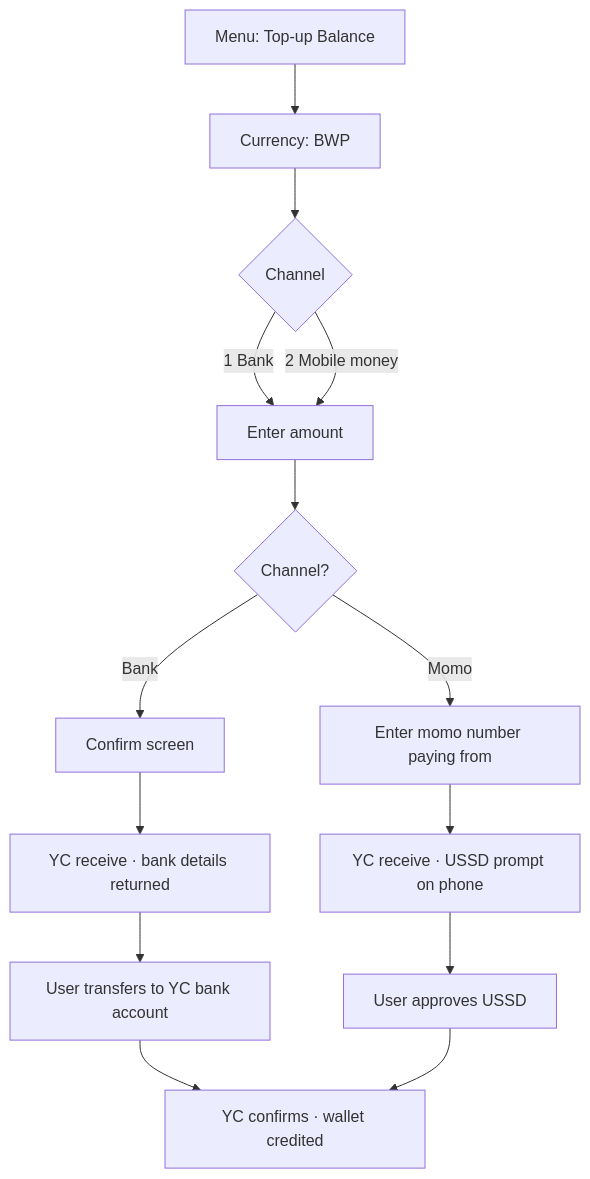
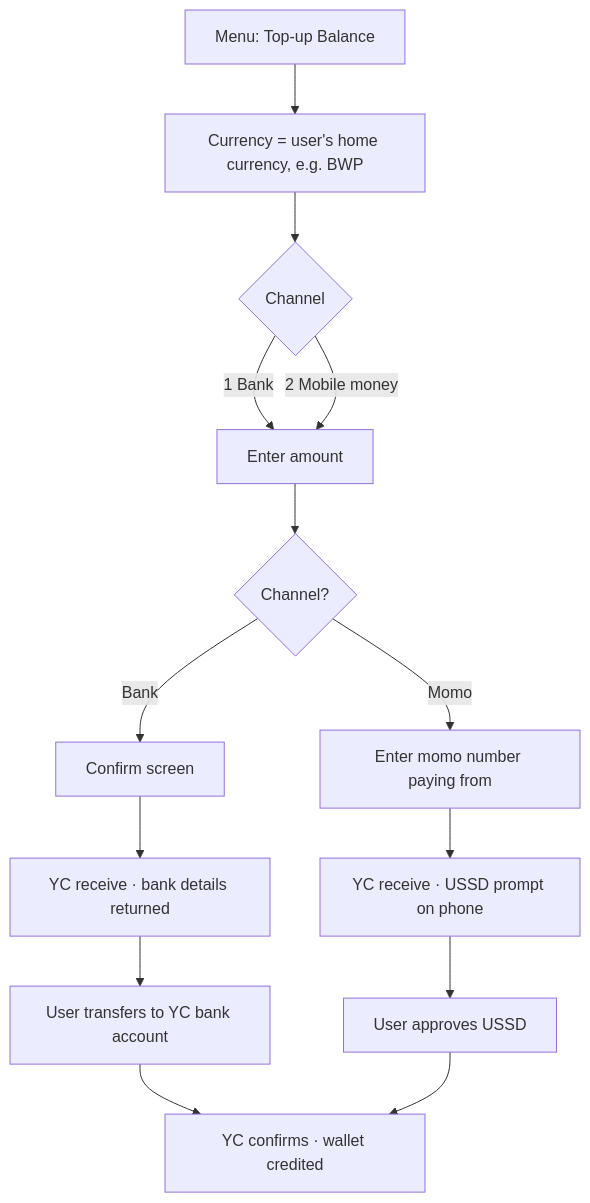
Before and after one commit to Brusselsmara/whatsapp-bot-automated: the second of 4 diagrams in README.md, drawn with Mermaid. The commit also changed other lines of this file and 8 other files, not shown here.

First line of the commit message:
Add recipient verification and home-wallet cross-currency payouts.

````diff
--- a/README.md
+++ b/README.md
@@ -226,16 +229,16 @@
 ```mermaid
 flowchart TD
-    A[Menu: Top-up Balance] --> B[Currency: BWP]
+    A[Menu: Top-up Balance] --> B[Currency = user's home currency, e.g. BWP]
     B --> C{Channel}
     C -->|1 Bank| D[Enter amount]
     C -->|2 Mobile money| D
     D --> E{Channel?}
     E -->|Bank| F[Confirm screen]
     F --> G[YC receive · bank details returned]
     G --> H[User transfers to YC bank account]
     H --> I[YC confirms · wallet credited]
     E -->|Momo| J[Enter momo number paying from]
     J --> K[YC receive · USSD prompt on phone]
     K --> L[User approves USSD]
     L --> I
 ```
````
